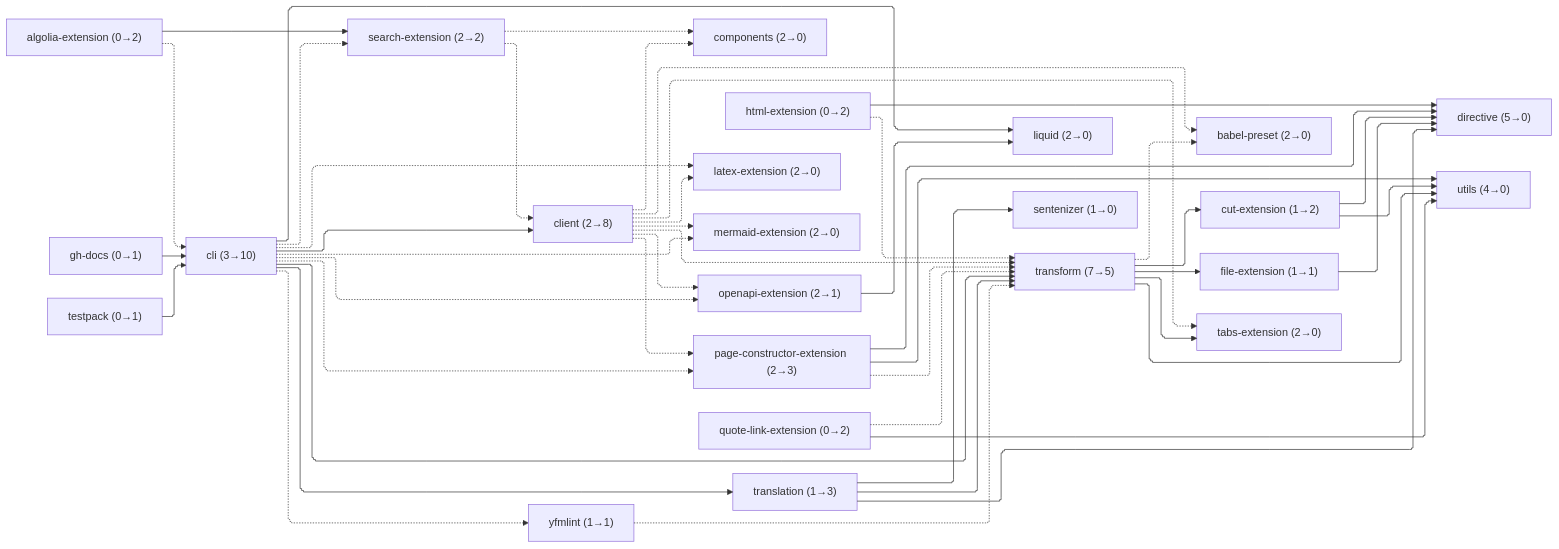
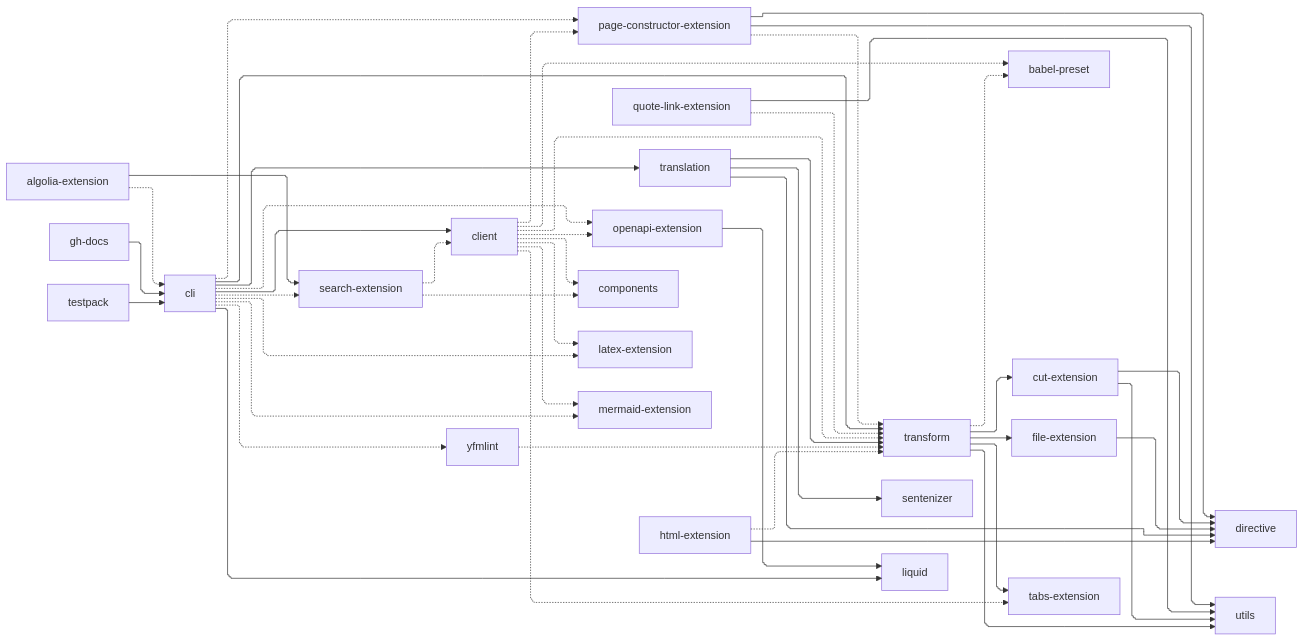
Before and after one commit to diplodoc-platform/diplodoc: the diagram in PULSE.md, drawn with Mermaid.

Commit message:
Update pulse

````diff
--- a/PULSE.md
+++ b/PULSE.md
@@ -74,72 +74,48 @@
 ```mermaid
 %%{ init: { "flowchart": { "curve": "stepAfter", "defaultRenderer": "elk" } } }%%
 flowchart LR
-  algolia-extension["algolia-extension (0→2)"]
-  babel-preset["babel-preset (2→0)"]
-  cli["cli (3→10)"]
-  client["client (2→8)"]
-  components["components (2→0)"]
-  cut-extension["cut-extension (1→2)"]
-  directive["directive (5→0)"]
-  file-extension["file-extension (1→1)"]
-  gh-docs["gh-docs (0→1)"]
-  html-extension["html-extension (0→2)"]
-  latex-extension["latex-extension (2→0)"]
-  liquid["liquid (2→0)"]
-  mermaid-extension["mermaid-extension (2→0)"]
-  openapi-extension["openapi-extension (2→1)"]
-  page-constructor-extension["page-constructor-extension (2→3)"]
-  quote-link-extension["quote-link-extension (0→2)"]
-  search-extension["search-extension (2→2)"]
-  sentenizer["sentenizer (1→0)"]
-  tabs-extension["tabs-extension (2→0)"]
-  testpack["testpack (0→1)"]
-  transform["transform (7→5)"]
-  translation["translation (1→3)"]
-  utils["utils (4→0)"]
-  yfmlint["yfmlint (1→1)"]
   page-constructor-extension -.-> transform
   page-constructor-extension --> directive
   page-constructor-extension --> utils
   quote-link-extension -.-> transform
   quote-link-extension --> utils
   translation --> directive
   translation --> sentenizer
   translation --> transform
   algolia-extension -.-> cli
   algolia-extension --> search-extension
   openapi-extension --> liquid
   transform -.-> babel-preset
   transform --> cut-extension
   transform --> file-extension
   transform --> tabs-extension
   transform --> utils
   search-extension -.-> client
   search-extension -.-> components
   gh-docs --> cli
   yfmlint -.-> transform
   client -.-> babel-preset
   client -.-> components
   client -.-> latex-extension
   client -.-> mermaid-extension
   client -.-> openapi-extension
   client -.-> page-constructor-extension
   client -.-> tabs-extension
   client -.-> transform
   file-extension --> directive
   html-extension -.-> transform
   html-extension --> directive
   testpack --> cli
   cut-extension --> directive
   cut-extension --> utils
   cli -.-> latex-extension
   cli -.-> mermaid-extension
   cli -.-> openapi-extension
   cli -.-> page-constructor-extension
   cli -.-> search-extension
   cli -.-> yfmlint
   cli --> client
   cli --> liquid
   cli --> transform
   cli --> translation
 ```
````
